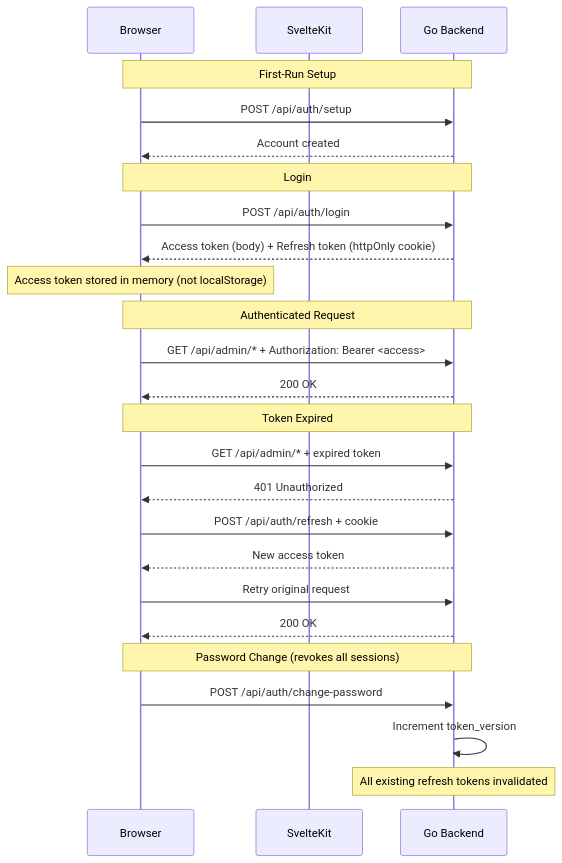
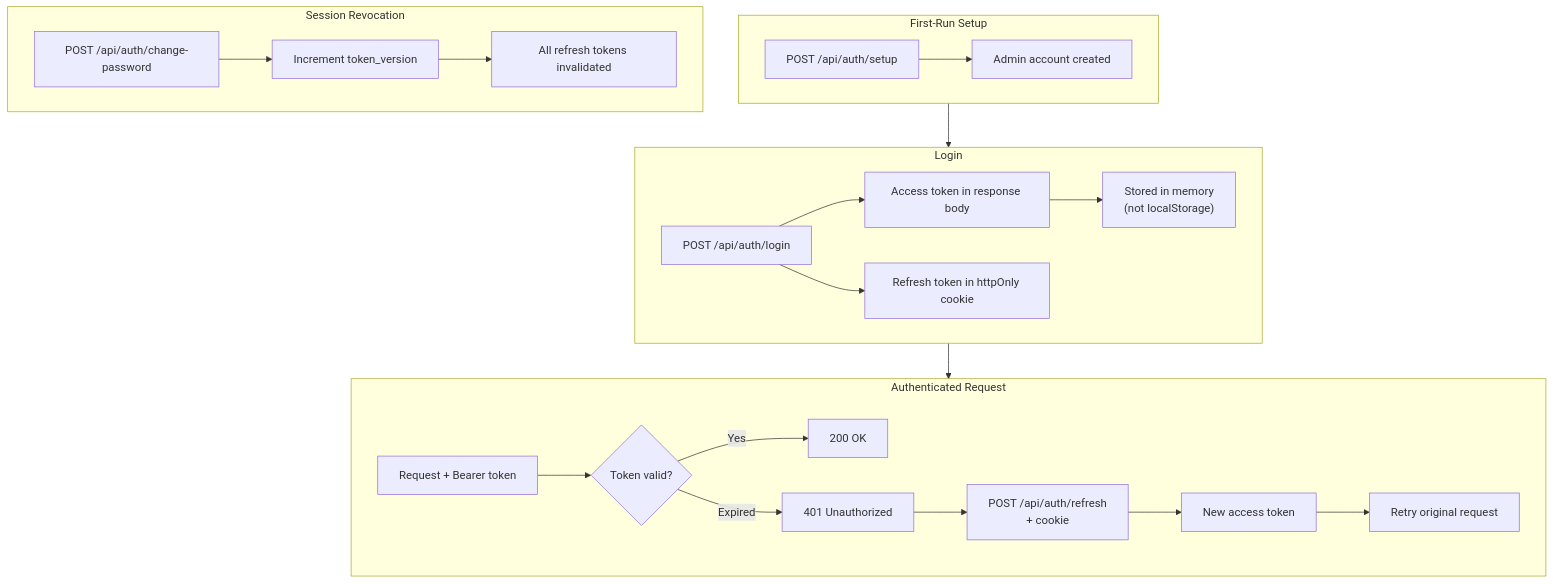
Before and after one commit to NeoRecasata/film-gallery: the fourth of 5 diagrams in README.md, drawn with Mermaid. The commit also changed other lines of this file, not shown here.

Commit message:
docs: convert sequence diagrams to flowcharts for GitHub rendering compatibility

````diff
--- a/README.md
+++ b/README.md
@@ -165,32 +165,29 @@
 ```mermaid
-sequenceDiagram
-    participant B as Browser
-    participant S as SvelteKit
-    participant A as Go Backend
+flowchart TB
+    subgraph Setup["First-Run Setup"]
+        S1["POST /api/auth/setup"] --> S2["Admin account created"]
+    end
 
-    Note over B,A: First-Run Setup
-    B->>A: POST /api/auth/setup
-    A-->>B: Account created
+    subgraph Login["Login"]
+        L1["POST /api/auth/login"] --> L2["Access token in response body"]
+        L1 --> L3["Refresh token in httpOnly cookie"]
+        L2 --> L4["Stored in memory<br/>(not localStorage)"]
+    end
 
-    Note over B,A: Login
-    B->>A: POST /api/auth/login
-    A-->>B: Access token (body) + Refresh token (httpOnly cookie)
-    Note over B: Access token stored in memory (not localStorage)
+    subgraph Request["Authenticated Request"]
+        R1["Request + Bearer token"] --> R2{Token valid?}
+        R2 -->|Yes| R3["200 OK"]
+        R2 -->|Expired| R4["401 Unauthorized"]
+        R4 --> R5["POST /api/auth/refresh<br/>+ cookie"]
+        R5 --> R6["New access token"]
+        R6 --> R7["Retry original request"]
+    end
 
-    Note over B,A: Authenticated Request
-    B->>A: GET /api/admin/* + Authorization: Bearer <access>
-    A-->>B: 200 OK
+    subgraph Revoke["Session Revocation"]
+        V1["POST /api/auth/change-password"] --> V2["Increment token_version"]
+        V2 --> V3["All refresh tokens invalidated"]
+    end
 
-    Note over B,A: Token Expired
-    B->>A: GET /api/admin/* + expired token
-    A-->>B: 401 Unauthorized
-    B->>A: POST /api/auth/refresh + cookie
-    A-->>B: New access token
-    B->>A: Retry original request
-    A-->>B: 200 OK
-
-    Note over B,A: Password Change (revokes all sessions)
-    B->>A: POST /api/auth/change-password
-    A->>A: Increment token_version
-    Note over A: All existing refresh tokens invalidated
+    Setup --> Login
+    Login --> Request
 ```
````
